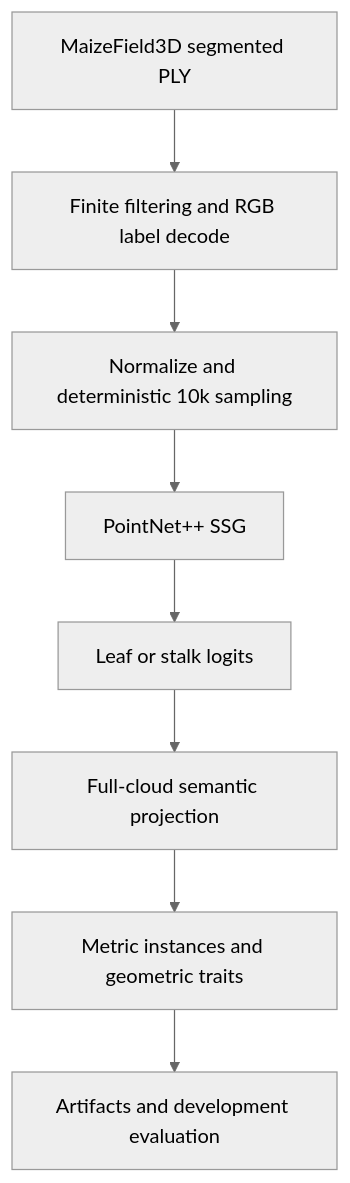
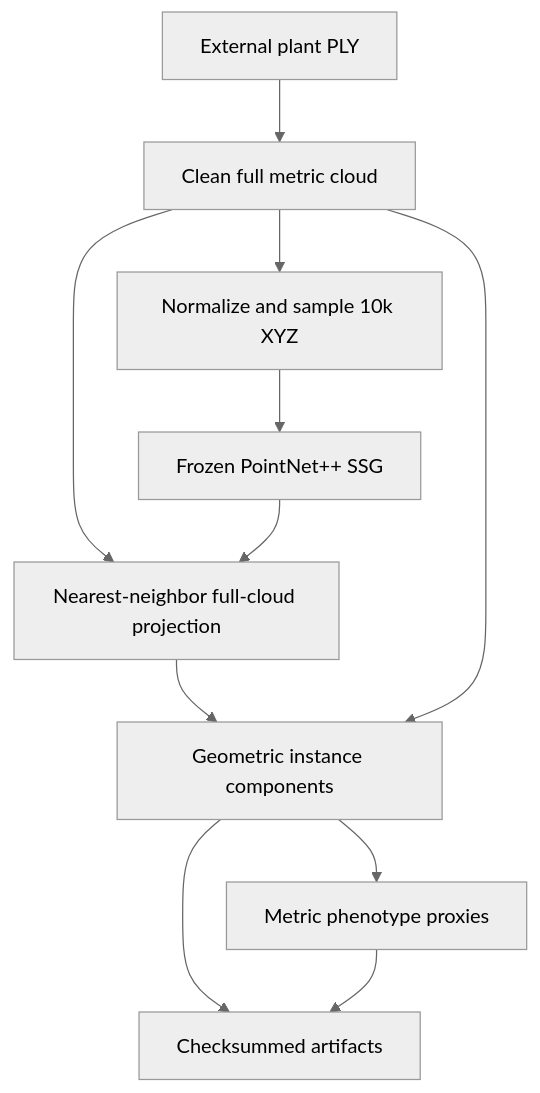
Before and after one commit to GuilhermeFrAlmeida/agri3d-crop-phenotyping: the diagram in README.md, drawn with Mermaid (neutral theme). The commit also changed other lines of this file and 35 other files, not shown here.

````diff
--- a/README.md
+++ b/README.md
@@ -41,10 +30,13 @@
 ```mermaid
 flowchart TD
-    A[MaizeField3D segmented PLY] --> B[Finite filtering and RGB label decode]
-    B --> C[Normalize and deterministic 10k sampling]
-    C --> D[PointNet++ SSG]
-    D --> E[Leaf or stalk logits]
-    E --> F[Full-cloud semantic projection]
-    F --> G[Metric instances and geometric traits]
-    G --> H[Artifacts and development evaluation]
+    A[External plant PLY] --> B[Clean full metric cloud]
+    B --> C[Normalize and sample 10k XYZ]
+    C --> D[Frozen PointNet++ SSG]
+    B --> E[Nearest-neighbor full-cloud projection]
+    D --> E
+    E --> F[Geometric instance components]
+    B --> F
+    F --> G[Metric phenotype proxies]
+    F --> H[Checksummed artifacts]
+    G --> H
 ```
````
